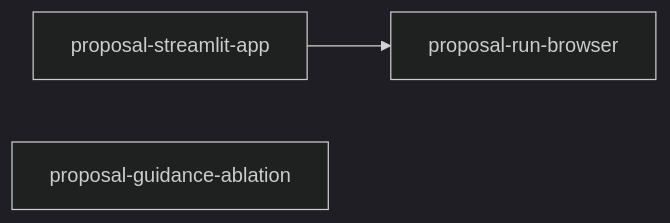
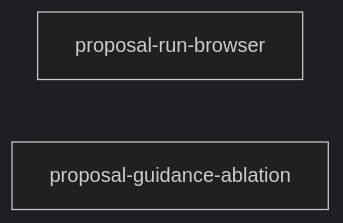
The diagram in tasks/proposal-index.md (joe-dartmouth/synthetic), drawn with Mermaid (dark theme) before and after one commit. The commit also changed other lines of this file and 27 other files, not shown here.

First line of the commit message:
Streamlit interface (proposal-streamlit-app) (#27)

````diff
--- a/tasks/proposal-index.md
+++ b/tasks/proposal-index.md
@@ -17,5 +16,5 @@
 ```mermaid
 flowchart LR
-    streamlit_app[proposal-streamlit-app] --> run_browser[proposal-run-browser]
+    run_browser[proposal-run-browser]
     guidance_ablation[proposal-guidance-ablation]
 ```
````
